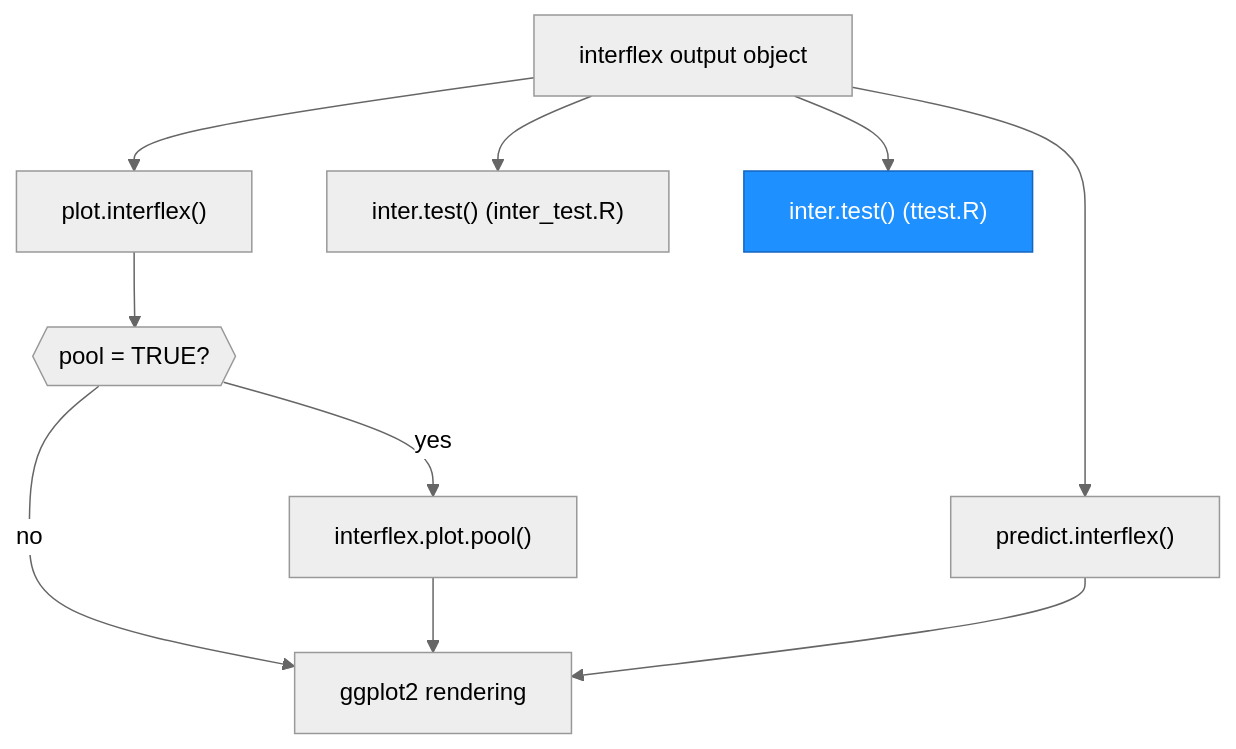
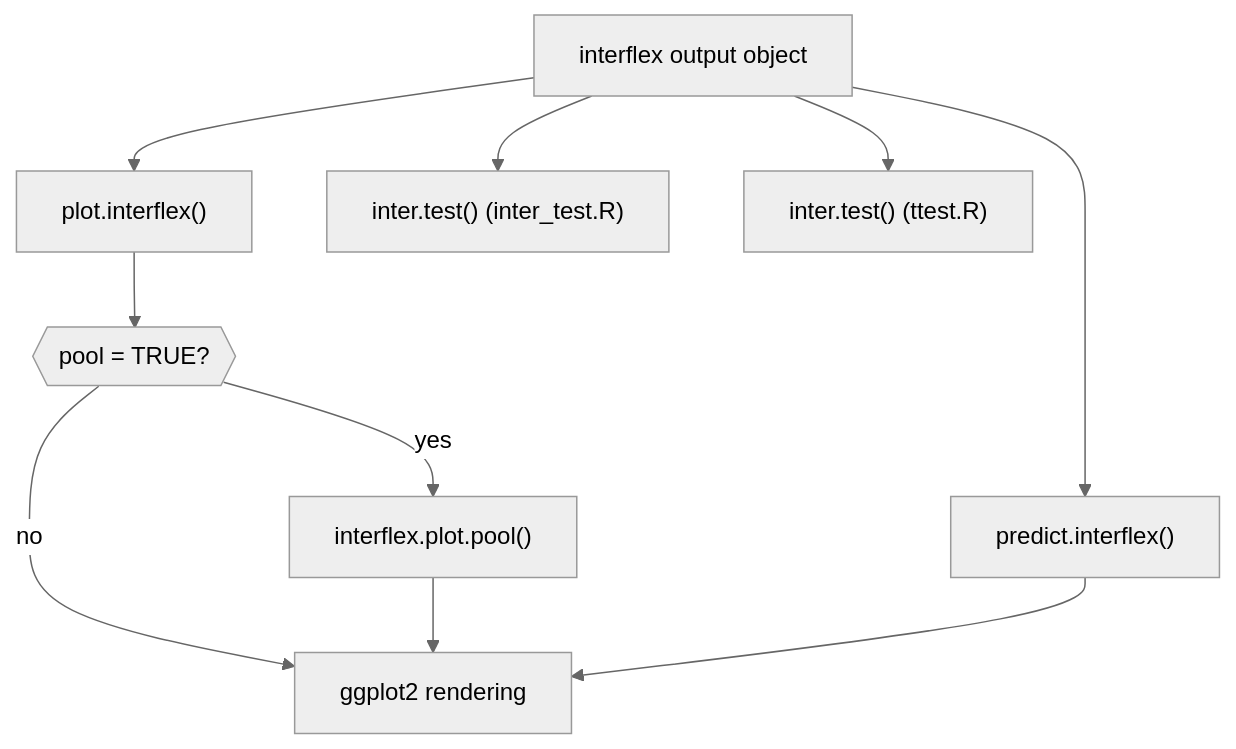
The third of 4 diagrams in architecture.md (xuyiqing/interflex), drawn with Mermaid before and after one commit. The commit also changed other lines of this file and 6 other files, not shown here.

````diff
--- a/architecture.md
+++ b/architecture.md
@@ -194,15 +206,13 @@
 ```mermaid
 %%{init: {'theme': 'neutral'}}%%
 graph TD
     OUT["interflex output object"] --> PLOT["plot.interflex()"]
     OUT --> PRED["predict.interflex()"]
     OUT --> TEST["inter.test() (inter_test.R)"]
     OUT --> TEST2["inter.test() (ttest.R)"]
     PLOT --> POOL{{"pool = TRUE?"}}
     POOL -- yes --> PPL["interflex.plot.pool()"]
     POOL -- no --> GPLT["ggplot2 rendering"]
     PPL --> GPLT
     PRED --> GPLT
-
-    style TEST2 fill:#1e90ff,stroke:#1565c0,color:#fff
 ```
````
